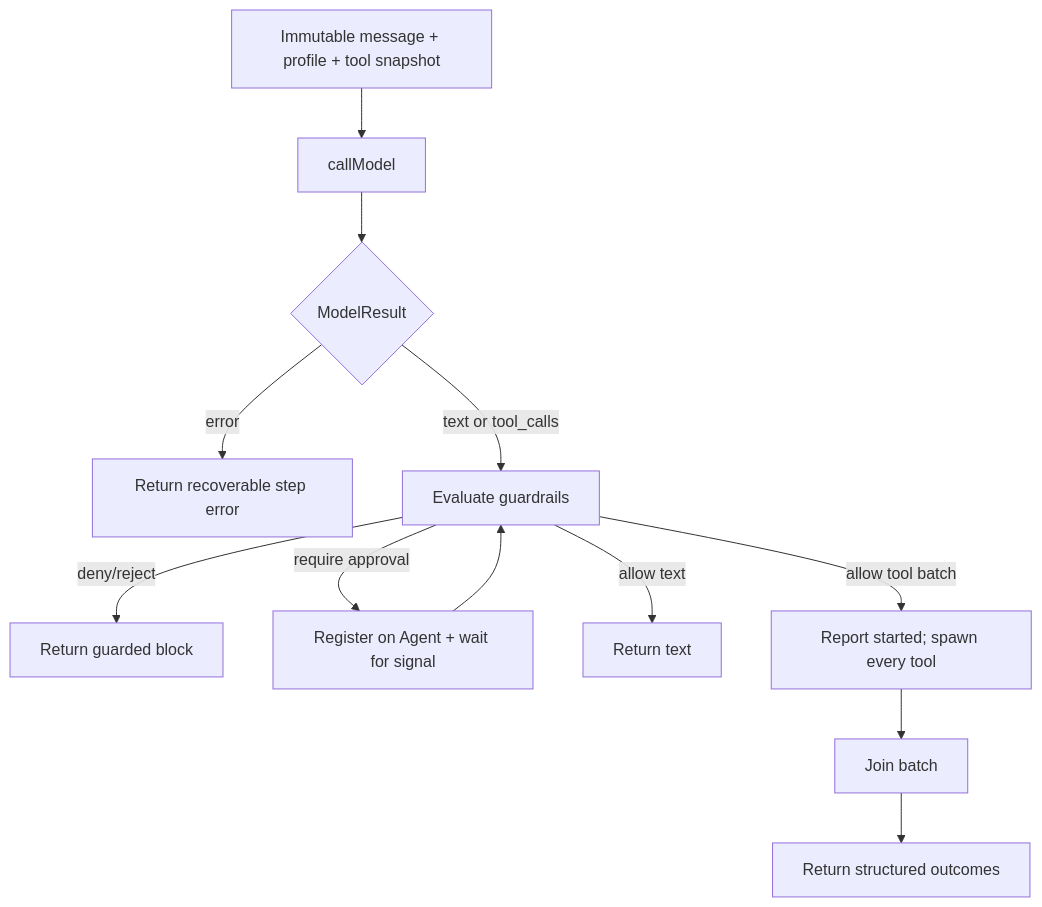
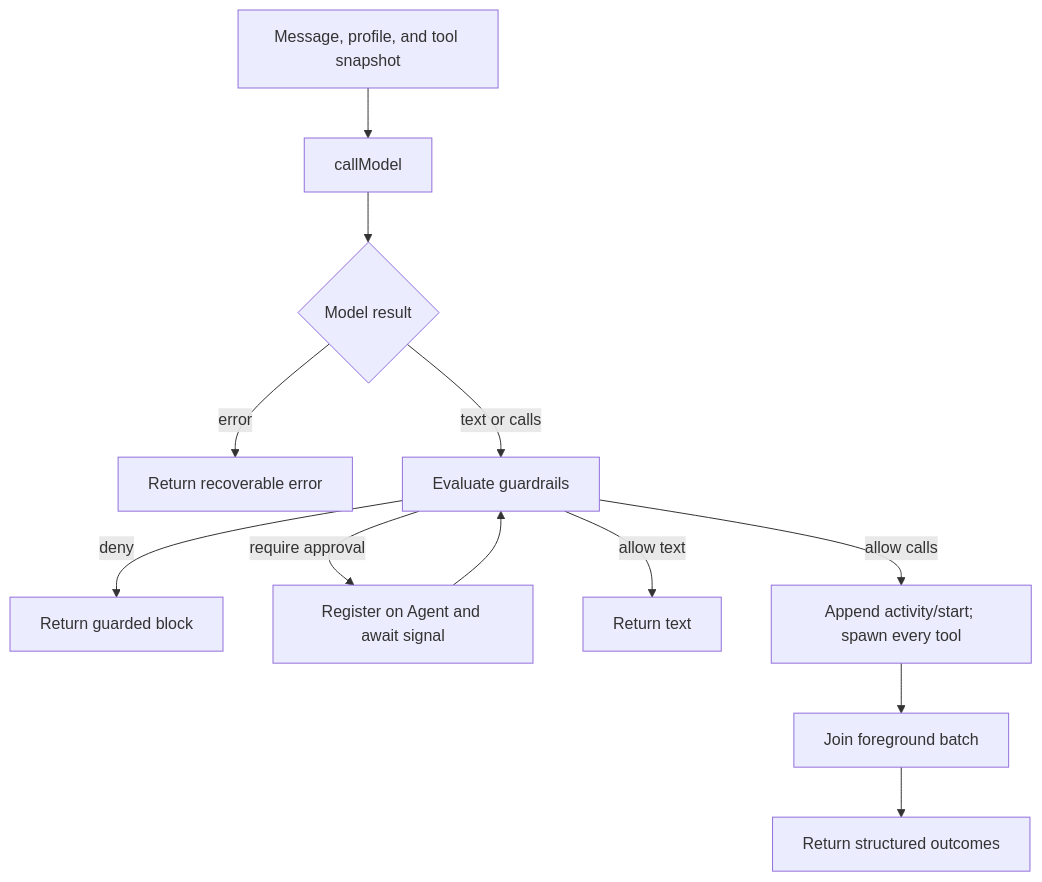
One commit to restatedev/agent changed the fourth of 4 diagrams in docs/architecture.md. Above: the diagram before and after it, drawn with Mermaid. The commit also changed other lines of this file and 10 other files, not shown here.

Commit message:
docs: align guides with agent session architecture

````diff
--- a/docs/architecture.md
+++ b/docs/architecture.md
@@ -299,14 +287,14 @@
 ```mermaid
 flowchart TD
-  I["Immutable message + profile + tool snapshot"] --> M["callModel"]
-  M --> E{"ModelResult"}
-  E -->|"error"| R["Return recoverable step error"]
-  E -->|"text or tool_calls"| G["Evaluate guardrails"]
-  G -->|"deny/reject"| B["Return guarded block"]
-  G -->|"require approval"| H["Register on Agent + wait for signal"]
+  I["Message, profile, and tool snapshot"] --> M["callModel"]
+  M --> R{"Model result"}
+  R -->|"error"| E["Return recoverable error"]
+  R -->|"text or calls"| G["Evaluate guardrails"]
+  G -->|"deny"| B["Return guarded block"]
+  G -->|"require approval"| H["Register on Agent and await signal"]
   H --> G
   G -->|"allow text"| X["Return text"]
-  G -->|"allow tool batch"| P["Report started; spawn every tool"]
-  P --> J["Join batch"]
+  G -->|"allow calls"| P["Append activity/start; spawn every tool"]
+  P --> J["Join foreground batch"]
   J --> O["Return structured outcomes"]
 ```
````
